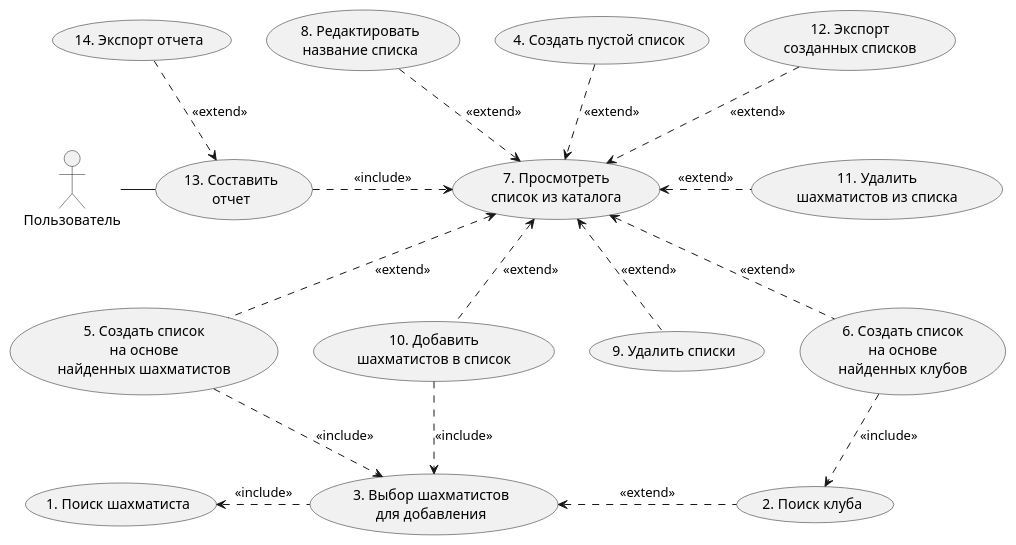
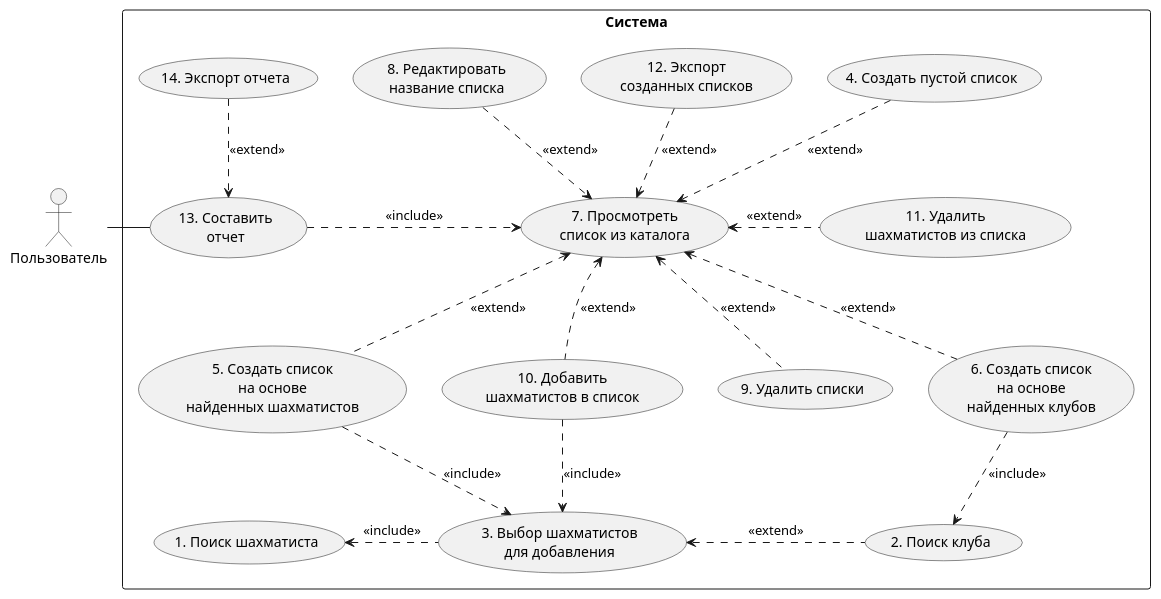
The diagram in docs/use_case_tobe.puml (AleksanderNekr/LichessAnalyzer), drawn with PlantUML before and after one commit.

Commit message:
[Docs] Put system use cases to rectangle.

```diff
--- a/docs/use_case_tobe.puml
+++ b/docs/use_case_tobe.puml
@@ -1,38 +1,39 @@
 @startuml
 
 actor Пользователь as user
 
-usecase (1. Поиск шахматиста) as searchPlayer  
-usecase (2. Поиск клуба) as searchClub
-usecase (3. Выбор шахматистов\nдля добавления) as choosePlayers 
-usecase (4. Создать пустой список) as createEmpty
+rectangle Система {
+    usecase (1. Поиск шахматиста) as searchPlayer  
+    usecase (2. Поиск клуба) as searchClub
+    usecase (3. Выбор шахматистов\nдля добавления) as choosePlayers 
+    usecase (4. Создать пустой список) as createEmpty 
     usecase (5. Создать список\nна основе\nнайденных шахматистов) as createByPlayers 
     usecase (6. Создать список\nна основе\nнайденных клубов) as createByClubs 
     usecase (7. Просмотреть\nсписок из каталога) as readList 
     usecase (8. Редактировать\nназвание списка) as editList
     usecase (9. Удалить списки) as deleteList
     usecase (10. Добавить\nшахматистов в список) as addPlayer 
     usecase (11. Удалить\nшахматистов из списка) as deletePlayer
     usecase (12. Экспорт\nсозданных списков) as exportList
     usecase (13. Составить\nотчет) as createDashboard 
     usecase (14. Экспорт отчета) as exportDashboard
 
     user - createDashboard
         createDashboard <.u. exportDashboard : <<extend>>
         createDashboard .r.> readList : <<include>>
             readList <.u. createEmpty : <<extend>>
             readList <.. createByClubs : <<extend>>
                 createByClubs ..> searchClub : <<include>>
             readList <.. createByPlayers : <<extend>>
                 createByPlayers ..> choosePlayers : <<include>>
                     choosePlayers .l.> searchPlayer : <<include>>
                     choosePlayers <. searchClub : <<extend>>
             readList <.u. editList : <<extend>>
             readList <.. deleteList : <<extend>>
             readList <.u. exportList : <<extend>>
             readList <. deletePlayer : <<extend>>
             readList <.. addPlayer : <<extend>>
                 addPlayer ..> choosePlayers : <<include>>
 }
 
 @enduml
```
